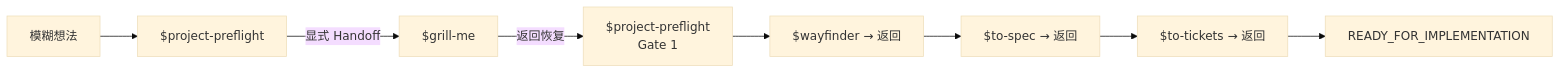
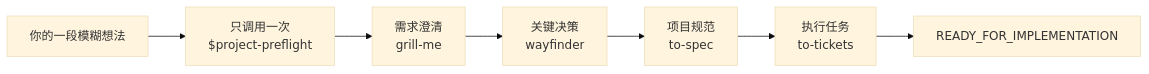
The diagram in README.zh-CN.md (NaCr05/project-preflight), drawn with Mermaid (base theme) before and after one commit. The commit also changed other lines of this file and 38 other files, not shown here.

````diff
--- a/README.zh-CN.md
+++ b/README.zh-CN.md
@@ -11,10 +11,9 @@
 ```mermaid
 flowchart LR
-    A["模糊想法"] --> P1["$project-preflight"]
-    P1 -->|"显式 Handoff"| B["$grill-me"]
-    B -->|"返回恢复"| P2["$project-preflight<br/>Gate 1"]
-    P2 --> C["$wayfinder → 返回"]
-    C --> D["$to-spec → 返回"]
-    D --> E["$to-tickets → 返回"]
-    E --> F["READY_FOR_IMPLEMENTATION"]
+    A["你的一段模糊想法"] --> P["只调用一次<br/>$project-preflight"]
+    P --> G["需求澄清<br/>grill-me"]
+    G --> W["关键决策<br/>wayfinder"]
+    W --> S["项目规范<br/>to-spec"]
+    S --> T["执行任务<br/>to-tickets"]
+    T --> R["READY_FOR_IMPLEMENTATION"]
 ```
````
